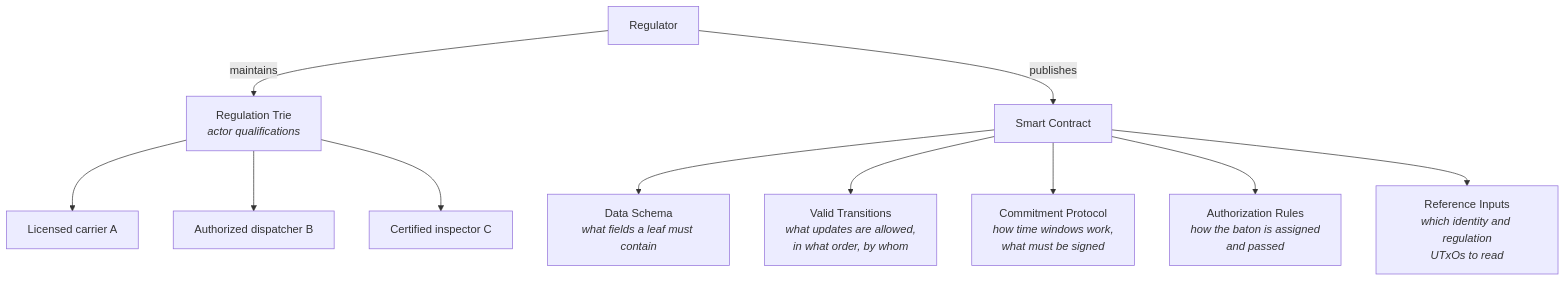
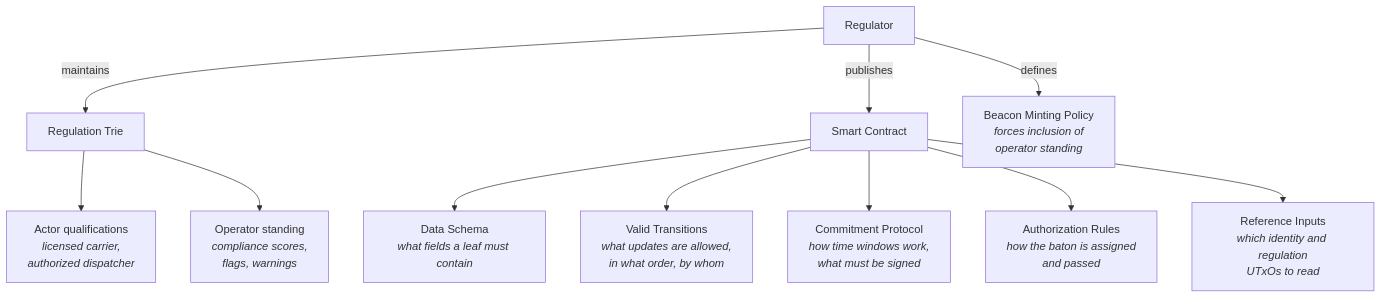
One commit to lambdasistemi/cardano-for-regulators changed the sixth of 20 diagrams in docs/framework/schema.md. Above: the diagram before and after it, drawn with Mermaid. The commit also changed other lines of this file, not shown here.

Commit message:
align schema with thesis: beacon protocol, operator standing, temporal integrity, data availability

````diff
--- a/docs/framework/schema.md
+++ b/docs/framework/schema.md
@@ -238,16 +244,17 @@
 ```mermaid
 graph TD
     REG[Regulator]
 
-    REG -->|maintains| RT[Regulation Trie<br/><i>actor qualifications</i>]
-    RT --> Q1[Licensed carrier A]
-    RT --> Q2[Authorized dispatcher B]
-    RT --> Q3[Certified inspector C]
+    REG -->|maintains| RT[Regulation Trie]
+    RT --> Q1[Actor qualifications<br/><i>licensed carrier,<br/>authorized dispatcher</i>]
+    RT --> Q2[Operator standing<br/><i>compliance scores,<br/>flags, warnings</i>]
 
     REG -->|publishes| SC[Smart Contract]
     SC --> DS[Data Schema<br/><i>what fields a leaf must contain</i>]
     SC --> VT[Valid Transitions<br/><i>what updates are allowed,<br/>in what order, by whom</i>]
     SC --> CP[Commitment Protocol<br/><i>how time windows work,<br/>what must be signed</i>]
     SC --> AR[Authorization Rules<br/><i>how the baton is assigned<br/>and passed</i>]
     SC --> REF[Reference Inputs<br/><i>which identity and regulation<br/>UTxOs to read</i>]
+
+    REG -->|defines| MP[Beacon Minting Policy<br/><i>forces inclusion of<br/>operator standing</i>]
 ```
````
